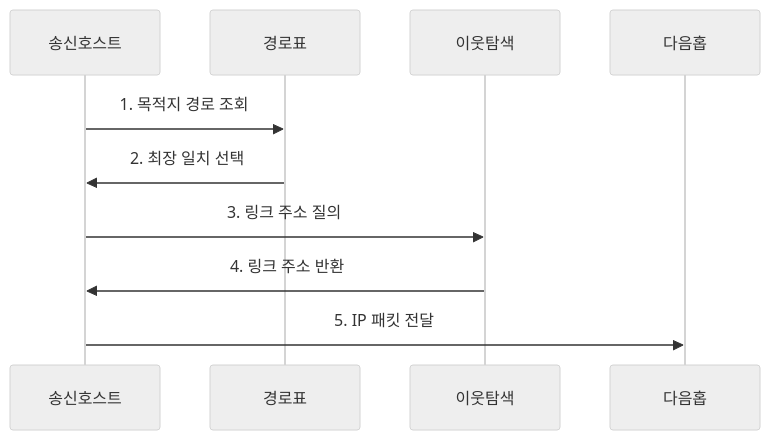
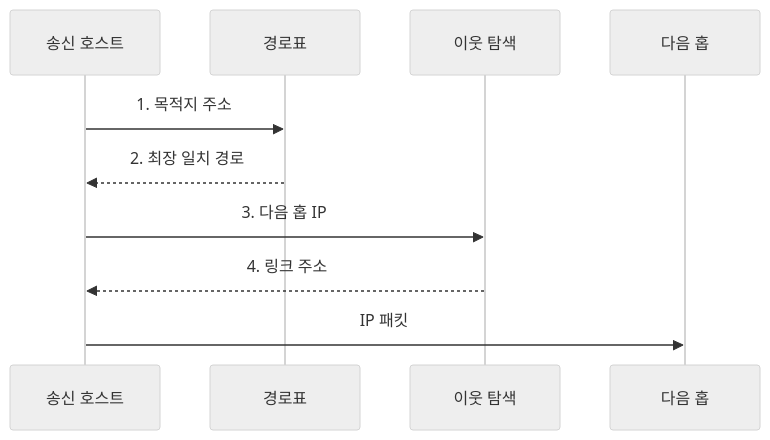
The second of 2 diagrams in src/content/docs/notes/04-network/004_ip_addressing_ipv4_ipv6.md (agnusdei1207/knowledge-base), drawn with Mermaid (neutral theme) before and after one commit. The commit also changed other lines of this file and 20 other files, not shown here.

````diff
--- a/src/content/docs/notes/04-network/004_ip_addressing_ipv4_ipv6.md
+++ b/src/content/docs/notes/04-network/004_ip_addressing_ipv4_ipv6.md
@@ -88,12 +79,12 @@
 ```mermaid
 sequenceDiagram
-    participant 송신호스트
-    participant 경로표
-    participant 이웃탐색
-    participant 다음홉
-    송신호스트->>경로표: 1. 목적지 경로 조회
-    경로표->>송신호스트: 2. 최장 일치 선택
-    송신호스트->>이웃탐색: 3. 링크 주소 질의
-    이웃탐색->>송신호스트: 4. 링크 주소 반환
-    송신호스트->>다음홉: 5. IP 패킷 전달
+    participant H as 송신 호스트
+    participant R as 경로표
+    participant N as 이웃 탐색
+    participant G as 다음 홉
+    H->>R: 1. 목적지 주소
+    R-->>H: 2. 최장 일치 경로
+    H->>N: 3. 다음 홉 IP
+    N-->>H: 4. 링크 주소
+    H->>G: IP 패킷
 ```
````
